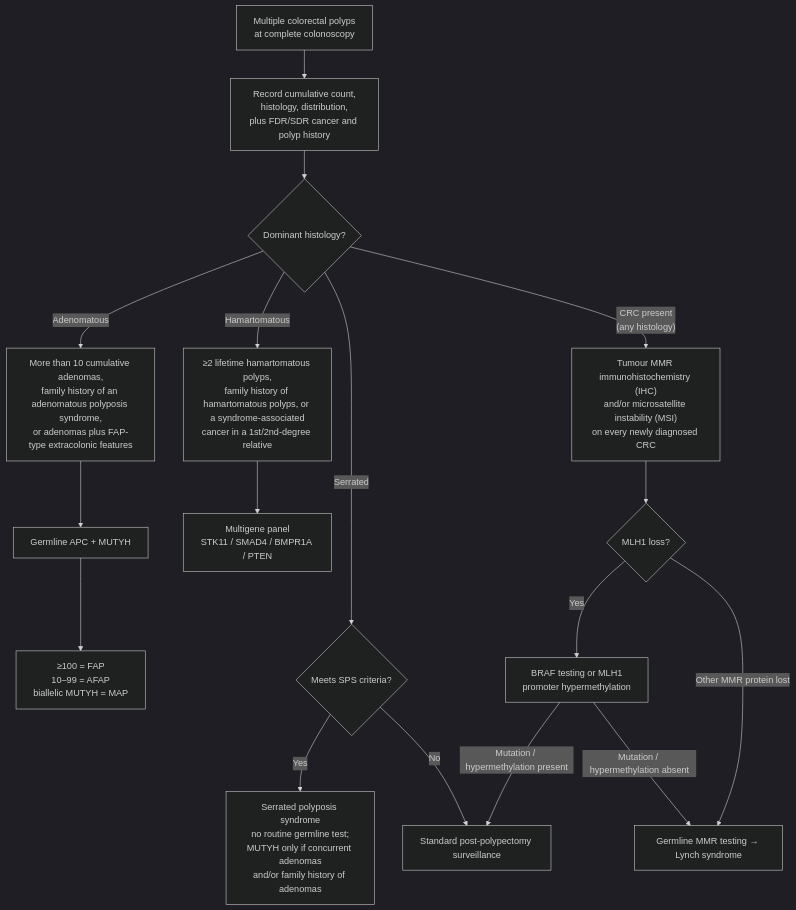
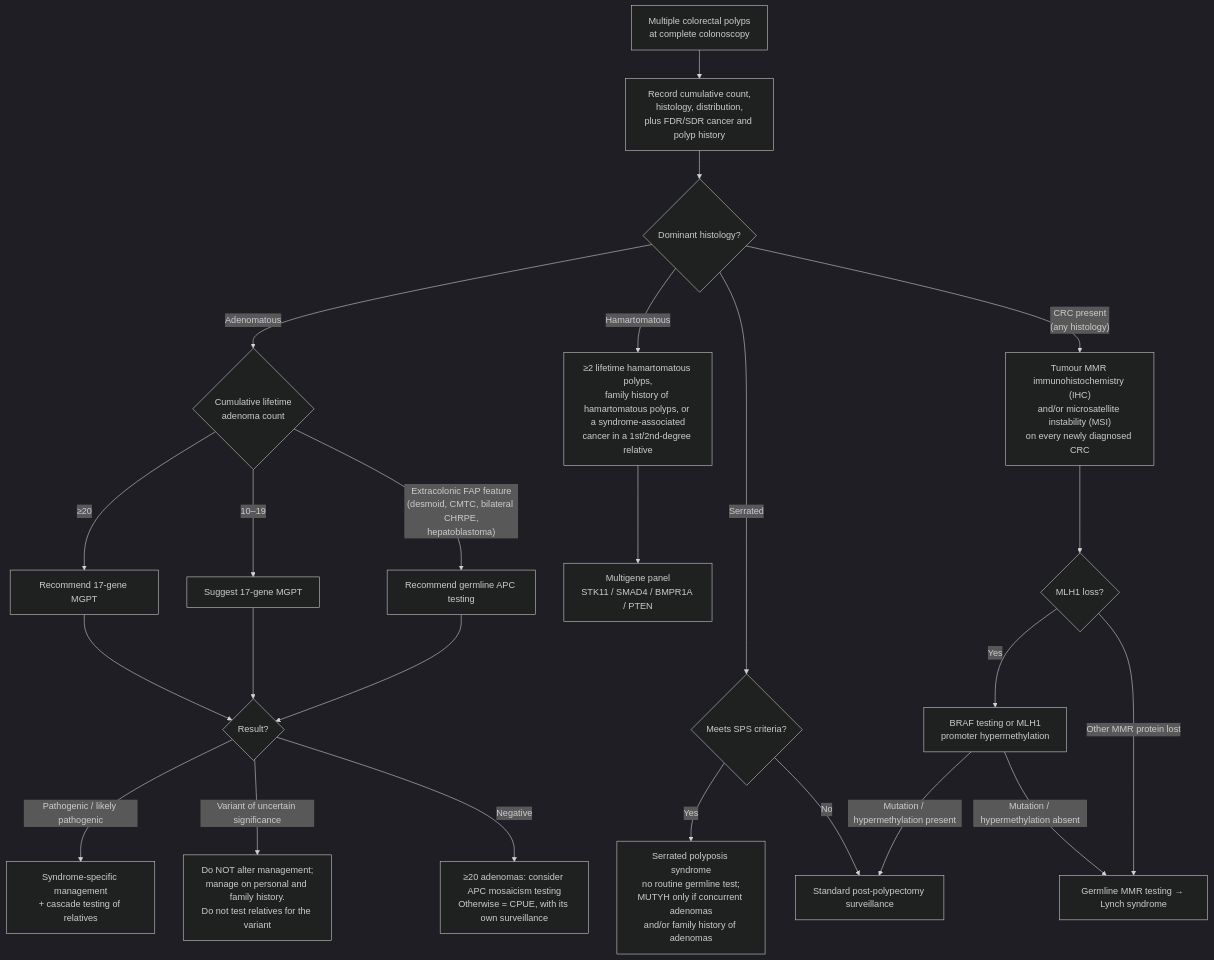
Before and after one commit to KHNickLeMD/KHNL-GI-Wiki: the diagram in KHNL-GI-Wiki/wiki/2-diagnostic-schemas/colorectal-polyposis.md, drawn with Mermaid (dark theme). The commit also changed other lines of this file and 10 other files, not shown here.

First line of the commit message:
ingest: ACG 2026 adenomatous colorectal polyposis syndromes

````diff
--- a/KHNL-GI-Wiki/wiki/2-diagnostic-schemas/colorectal-polyposis.md
+++ b/KHNL-GI-Wiki/wiki/2-diagnostic-schemas/colorectal-polyposis.md
@@ -85,19 +98,26 @@
 ```mermaid
 flowchart TD
     A["Multiple colorectal polyps<br/>at complete colonoscopy"] --> B["Record cumulative count,<br/>histology, distribution,<br/>plus FDR/SDR cancer and polyp history"]
     B --> C{"Dominant histology?"}
-    C -->|Adenomatous| D["More than 10 cumulative adenomas,<br/>family history of an adenomatous polyposis syndrome,<br/>or adenomas plus FAP-type extracolonic features"]
-    D --> E["Germline APC + MUTYH"]
-    E --> F["≥100 = FAP<br/>10–99 = AFAP<br/>biallelic MUTYH = MAP"]
+    C -->|Adenomatous| D{"Cumulative lifetime<br/>adenoma count"}
+    D -->|"≥20"| E["Recommend 17-gene MGPT"]
+    D -->|"10–19"| E2["Suggest 17-gene MGPT"]
+    D -->|"Extracolonic FAP feature<br/>(desmoid, CMTC, bilateral CHRPE,<br/>hepatoblastoma)"| E3["Recommend germline APC testing"]
+    E --> F{"Result?"}
+    E2 --> F
+    E3 --> F
+    F -->|"Pathogenic / likely pathogenic"| G1["Syndrome-specific management<br/>+ cascade testing of relatives"]
+    F -->|"Variant of uncertain significance"| G2["Do NOT alter management;<br/>manage on personal and family history.<br/>Do not test relatives for the variant"]
+    F -->|Negative| G3["≥20 adenomas: consider APC mosaicism testing<br/>Otherwise = CPUE, with its own surveillance"]
     C -->|Hamartomatous| G["≥2 lifetime hamartomatous polyps,<br/>family history of hamartomatous polyps, or a syndrome-associated<br/>cancer in a 1st/2nd-degree relative"]
     G --> H["Multigene panel<br/>STK11 / SMAD4 / BMPR1A / PTEN"]
     C -->|Serrated| I{"Meets SPS criteria?"}
     I -->|Yes| J["Serrated polyposis syndrome<br/>no routine germline test;<br/>MUTYH only if concurrent adenomas<br/>and/or family history of adenomas"]
     I -->|No| K["Standard post-polypectomy surveillance"]
     C -->|"CRC present<br/>(any histology)"| L["Tumour MMR immunohistochemistry (IHC)<br/>and/or microsatellite instability (MSI)<br/>on every newly diagnosed CRC"]
     L --> M{"MLH1 loss?"}
     M -->|Yes| N["BRAF testing or MLH1<br/>promoter hypermethylation"]
     N -->|"Mutation / hypermethylation absent"| O["Germline MMR testing → Lynch syndrome"]
     N -->|"Mutation / hypermethylation present"| K
     M -->|"Other MMR protein lost"| O
 ```
````
